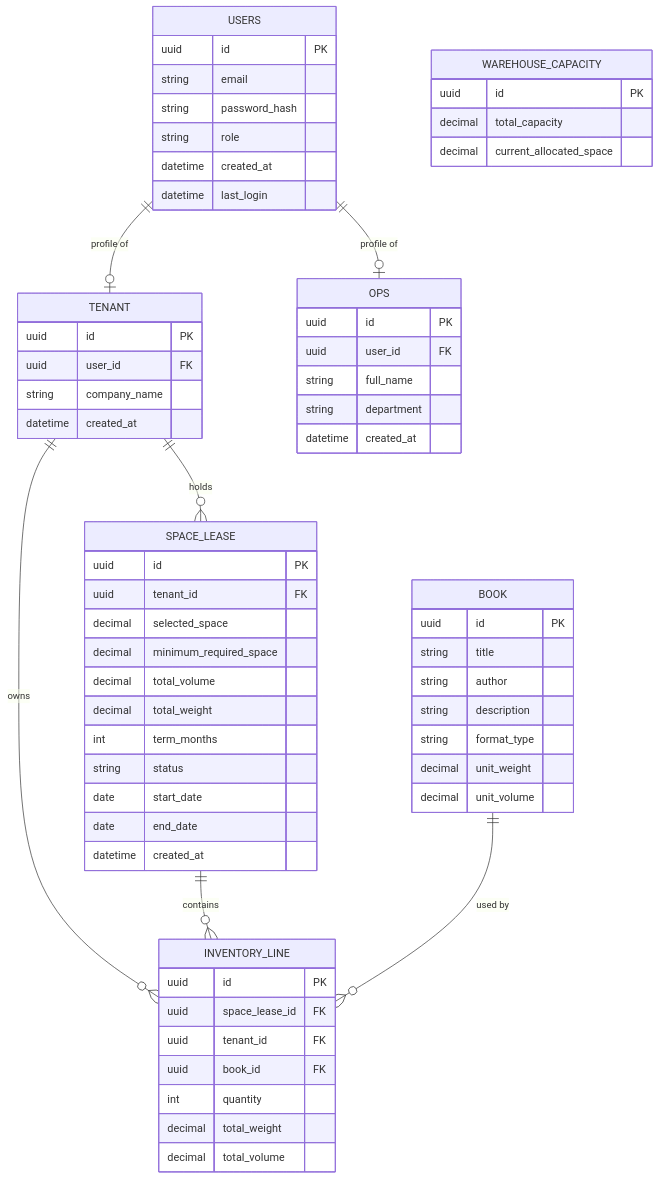
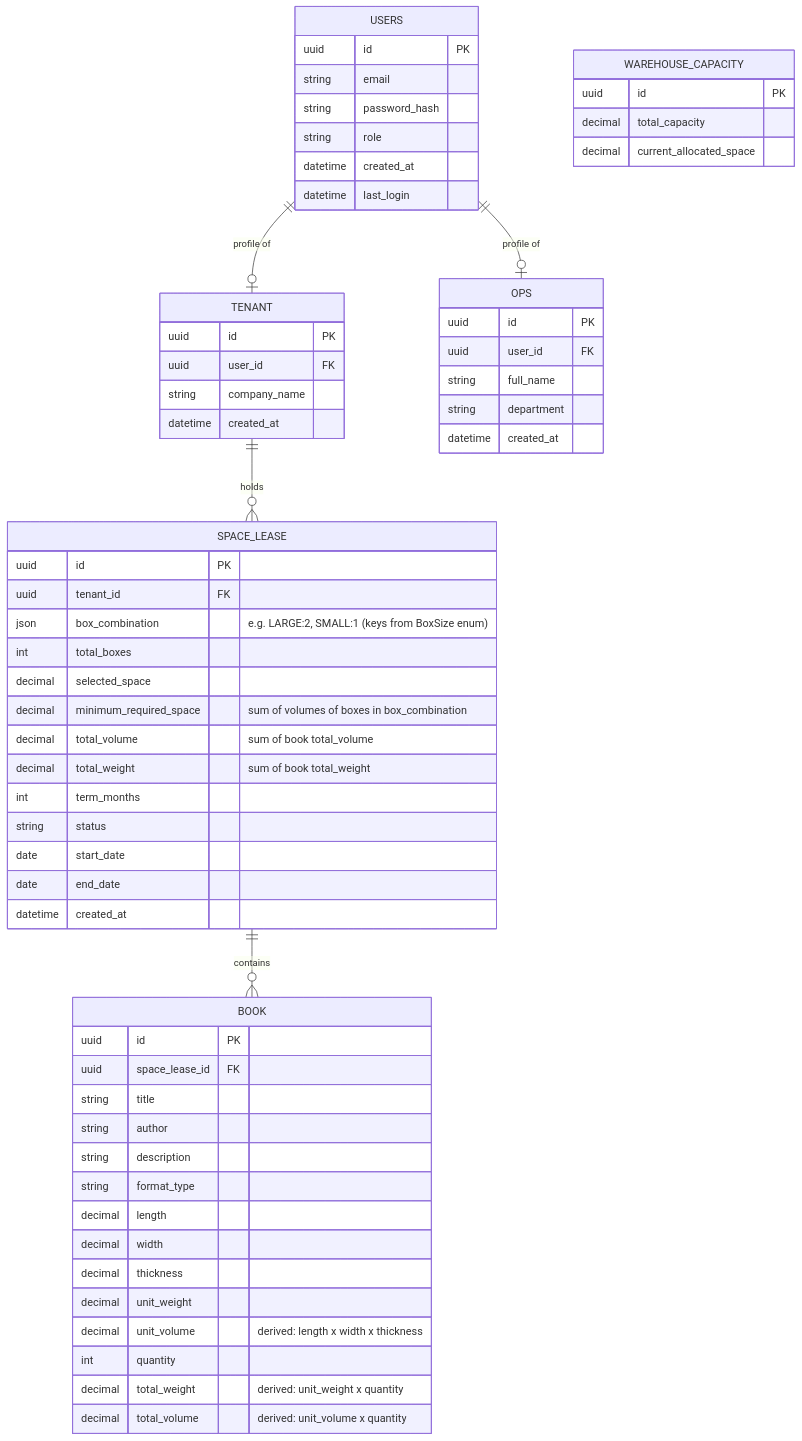
The diagram in core_3pl/docs/er.md (KAIZER445/warehouse), drawn with Mermaid before and after one commit. The commit also changed other lines of this file and 3 other files, not shown here.

````diff
--- a/core_3pl/docs/er.md
+++ b/core_3pl/docs/er.md
@@ -3,73 +3,70 @@
 ```mermaid
 erDiagram
     USERS ||--o| TENANT : "profile of"
     USERS ||--o| OPS : "profile of"
     TENANT ||--o{ SPACE_LEASE : holds
-    TENANT ||--o{ INVENTORY_LINE : owns
-    SPACE_LEASE ||--o{ INVENTORY_LINE : contains
-    BOOK ||--o{ INVENTORY_LINE : "used by"
- 
+    SPACE_LEASE ||--o{ BOOK : contains
+
     USERS {
         uuid id PK
         string email
         string password_hash
         string role
         datetime created_at
         datetime last_login
     }
- 
+
     TENANT {
         uuid id PK
         uuid user_id FK
         string company_name
         datetime created_at
     }
- 
+
     OPS {
         uuid id PK
         uuid user_id FK
         string full_name
         string department
         datetime created_at
     }
- 
+
     BOOK {
         uuid id PK
+        uuid space_lease_id FK
         string title
         string author
         string description
         string format_type
+        decimal length
+        decimal width
+        decimal thickness
         decimal unit_weight
-        decimal unit_volume
+        decimal unit_volume "derived: length x width x thickness"
+        int quantity
+        decimal total_weight "derived: unit_weight x quantity"
+        decimal total_volume "derived: unit_volume x quantity"
     }
- 
+
     SPACE_LEASE {
         uuid id PK
         uuid tenant_id FK
+        json box_combination "e.g. LARGE:2, SMALL:1 (keys from BoxSize enum)"
+        int total_boxes
         decimal selected_space
-        decimal minimum_required_space
-        decimal total_volume
-        decimal total_weight
+        decimal minimum_required_space "sum of volumes of boxes in box_combination"
+        decimal total_volume "sum of book total_volume"
+        decimal total_weight "sum of book total_weight"
         int term_months
         string status
         date start_date
         date end_date
         datetime created_at
     }
- 
-    INVENTORY_LINE {
-        uuid id PK
-        uuid space_lease_id FK
-        uuid tenant_id FK
-        uuid book_id FK
-        int quantity
-        decimal total_weight
-        decimal total_volume
-    }
- 
+
     WAREHOUSE_CAPACITY {
         uuid id PK
         decimal total_capacity
         decimal current_allocated_space
     }
 ```
````
